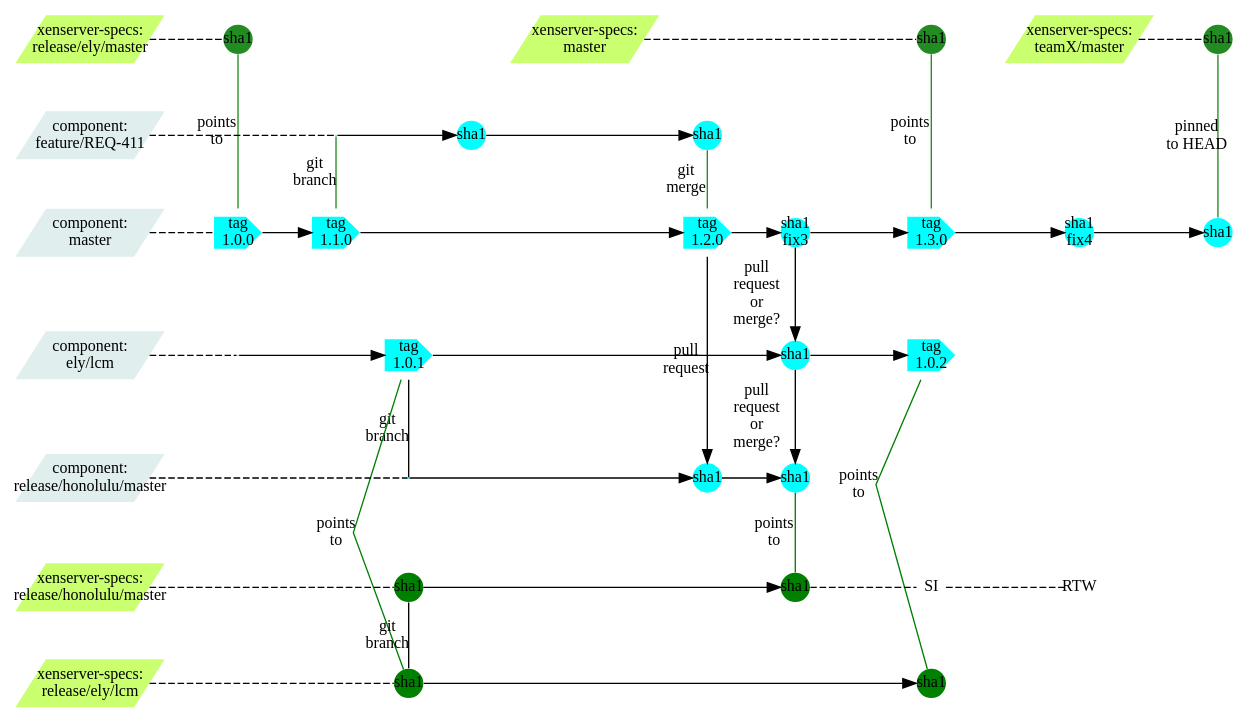
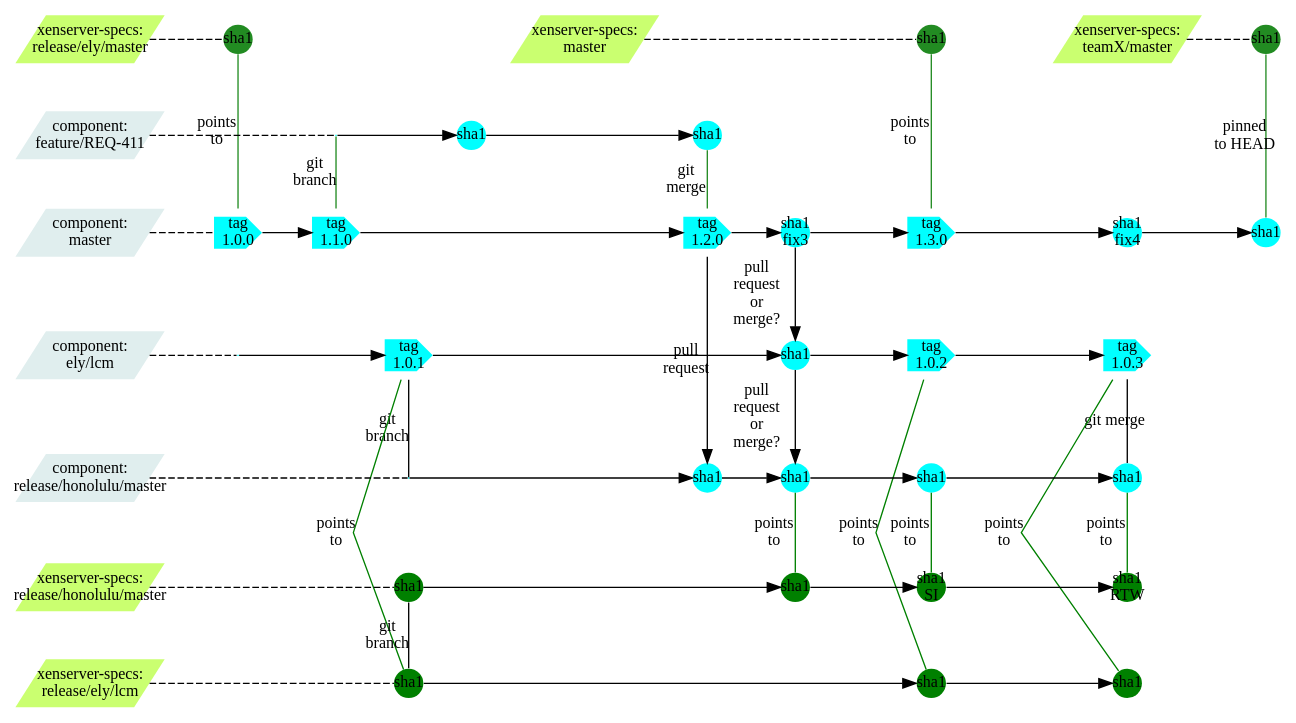
One commit to philippegabriel/XFormerBranchGraph changed the diagram in XformerCUBranching.dot. Above: the diagram before and after it, drawn with Graphviz.

Commit message:
First draft of the CU branching scheme

```diff
--- a/XformerCUBranching.dot
+++ b/XformerCUBranching.dot
@@ -1,111 +1,119 @@
 strict digraph g{
 rankdir="LR";
 //nodesep=0.5;
 //ranksep=0.25;
 splines=line;
 forcelabels=false;
 
 // general
 node [style=filled, color="black", fontcolor="black", font="Consolas", fontsize="12pt",fixedsize=false,penwidth=0];
 edge [style=filled, color="black", fontcolor="black", font="Consolas", fontsize="12pt"];
 
 // tags
 //node [shape=circle,width=0, height=0, margin="0.05"];
 node [width=0.3, height=0.3, fixedsize=true, shape=circle,penwidth=0]
 node [fillcolor=forestgreen];
 xsm1 [label="sha1"];
 xstx [label="sha1"];
 xsre [label="sha1"];
 node [fillcolor="cyan"];
 cma1 [shape=cds,width=0.5, height=0.5,label="tag\n1.0.0"];
 //node [width=0.3, height=0.3, fixedsize=true, shape=circle,penwidth=0]
 //cma2 [label="sha1\nfix1"];
 //cma3 [label="sha1\nfix2"];
 cma4 [shape=cds,width=0.5, height=0.5,label="tag\n1.1.0"];
 cma5 [shape=cds,width=0.5, height=0.5,label="tag\n1.2.0"];
 cma6 [label="sha1\nfix3"];
 cma7 [shape=cds,width=0.5, height=0.5,label="tag\n1.3.0"];
 cma8 [label="sha1\nfix4"];
 cma9 [label="sha1"];
 clcm1 [width=0, height=0,shape=none,label=""];
 //clcm1a [label="sha1"];
 //clcm1b [label="sha1"];
 clcm2 [shape=cds,width=0.5, height=0.5,label="tag\n1.0.1"];
 clcm2a [label="sha1"];
 clcm3 [shape=cds,width=0.5, height=0.5,label="tag\n1.0.2"];
+clcm4 [shape=cds,width=0.5, height=0.5,label="tag\n1.0.3"];
 cf1 [width=0, height=0,shape=none,label=""];
 cf2 [label="sha1"];
 cf3 [label="sha1"];
 ch1 [width=0, height=0,shape=none,label=""];
 ch2 [label="sha1"];
 ch3 [label="sha1"];
+ch4 [label="sha1"];
+ch5 [label="sha1"];
 node [fillcolor="green"];
 node [shape=circle];
 xsh0 [label="sha1"];
 xsh1 [label="sha1"];
-xsh2 [shape=plaintext,fillcolor=none,label="SI"];
-xsh3 [shape=plaintext,fillcolor=none,label="RTW"];
+xsh2 [label="sha1\nSI"];
+xsh3 [label="sha1\nRTW"];
 xlcm0 [label="sha1"];
 xlcm1 [label="sha1"];
+xlcm2 [label="sha1"];
 // branch names
 node [width=1.5, height=0.5,shape=parallelogram,penwidth=0]
 //node [color="#b0b0b0", style=dashed, arrowhead=none,fixedsize=false, penwidth=0, fillcolor=none, shape=none, width=0, height=0, margin="0.05"];
 XenserverSpecsTeamX[label="xenserver-specs:\nteamX/master",fillcolor="darkolivegreen1"];
 XenserverSpecsRelEly[label="xenserver-specs:\nrelease/ely/master",fillcolor="darkolivegreen1"];
 XenserverSpecsMaster[label="xenserver-specs:\nmaster",fillcolor="darkolivegreen1"];
 ComponentFeat[label="component:\nfeature/REQ-411",fillcolor="azure2"];
 ComponentMaster[label="component:\nmaster",fillcolor="azure2"];
 ComponentLCM[label="component:\nely/lcm",fillcolor="azure2"];
 ComponentHonolulu[label="component:\nrelease/honolulu/master",fillcolor="azure2"];
 XSSpecsHonolulu[label="xenserver-specs:\nrelease/honolulu/master",fillcolor="darkolivegreen1"];
 XSSpecsLCM[label="xenserver-specs:\nrelease/ely/lcm",fillcolor="darkolivegreen1"];
 
 //graph
 subgraph{
 node [color="#b0b0b0", style=dashed, arrowhead=none];
 edge [style="invis"];
 rank=same;
 XenserverSpecsRelEly -> ComponentFeat -> ComponentMaster -> ComponentLCM -> ComponentHonolulu -> XSSpecsHonolulu  -> XSSpecsLCM;
 }
 //edge [color="#b0b0b0", style=dashed, arrowhead=none ];
 edge [style=dashed, arrowhead=none ,weight=100];
 XenserverSpecsRelEly -> xsre;
 xsre -> XenserverSpecsMaster [style="invis"];
 XenserverSpecsMaster -> xsm1;
 xsm1 -> XenserverSpecsTeamX [style="invis"];
 XenserverSpecsTeamX -> xstx;
 ComponentFeat -> cf1;
 ComponentMaster -> cma1;
 ComponentLCM -> clcm1;
 XSSpecsHonolulu -> xsh0;
 XSSpecsLCM -> xlcm0;
 ComponentHonolulu -> ch1;
 edge [style=filled, arrowhead=normal];
 cf1 -> cf2 -> cf3;
 cma1 -> cma4 -> cma5 -> cma6 -> cma7 -> cma8 -> cma9;
-clcm1 -> clcm2 -> clcm2a -> clcm3;
-ch1 -> ch2 -> ch3;
-xsh0 -> xsh1;
-xsh1 -> xsh2 [style=dashed, arrowhead=none];
-xsh2 -> xsh3 [style=dashed, arrowhead=none];
-xlcm0 -> xlcm1;
+clcm1 -> clcm2 -> clcm2a -> clcm3 -> clcm4;
+ch1 -> ch2 -> ch3 -> ch4 -> ch5;
+xsh0 -> xsh1 -> xsh2 -> xsh3;
+xlcm0 -> xlcm1 -> xlcm2;
 //Xenserver specs - master, release pointers
 edge [style=filled, arrowhead=none , weight=1;label="points\nto",color=forestgreen];
 subgraph{rank=same;xsre -> cma1;}
 subgraph{rank=same;xsm1 -> cma7;}
 subgraph{rank=same;xstx -> cma9 [label="pinned\nto HEAD"];}
 
 //Pull requests
 subgraph{rank=same;cf1 -> cma4 [arrowhead=none,label="git\nbranch"];}
 subgraph{rank=same;cf3 -> cma5 [label="git\nmerge"];}
 edge [style=filled, arrowhead=normal,color=black];
 subgraph{rank=same;
 cma6 -> clcm2a [label="pull\nrequest\nor\nmerge?"];
 clcm2a -> ch3 [label="pull\nrequest\nor\nmerge?"];}
 subgraph{rank=same;clcm2 -> ch1 [arrowhead=none,label="git\nbranch"];}
 subgraph{rank=same;xsh0 -> xlcm0  [arrowhead=none,label="git\nbranch"];}
 subgraph{rank=same;ch3 -> xsh1 [arrowhead=none ,label="points\nto",color=green];}
+subgraph{rank=same;ch4 -> xsh2 [arrowhead=none ,label="points\nto",color=green];}
+subgraph{
+rank=same;
+ch5 -> xsh3 [arrowhead=none ,label="points\nto",color=green];
+clcm4 -> ch5 [arrowhead=none ,label="git merge"];}
 subgraph{rank=same;cma5 -> ch2 [label="pull\nrequest"];}
 subgraph{rank=same;clcm2 -> xlcm0 [arrowhead=none ,label="points\nto",color=green];}
 subgraph{rank=same;clcm3 -> xlcm1 [arrowhead=none ,label="points\nto",color=green];}
+subgraph{rank=same;clcm4 -> xlcm2 [arrowhead=none ,label="points\nto",color=green];}
 }
```
